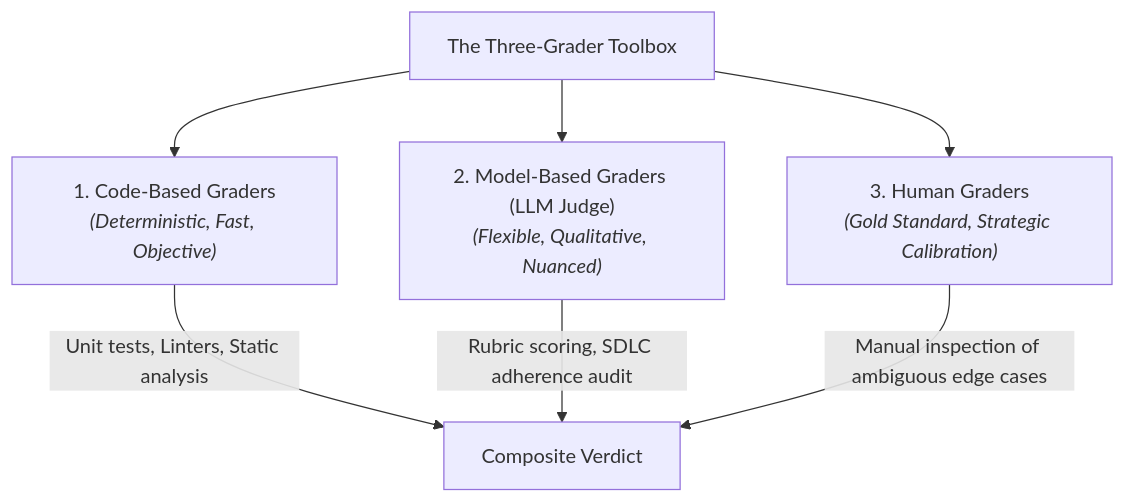
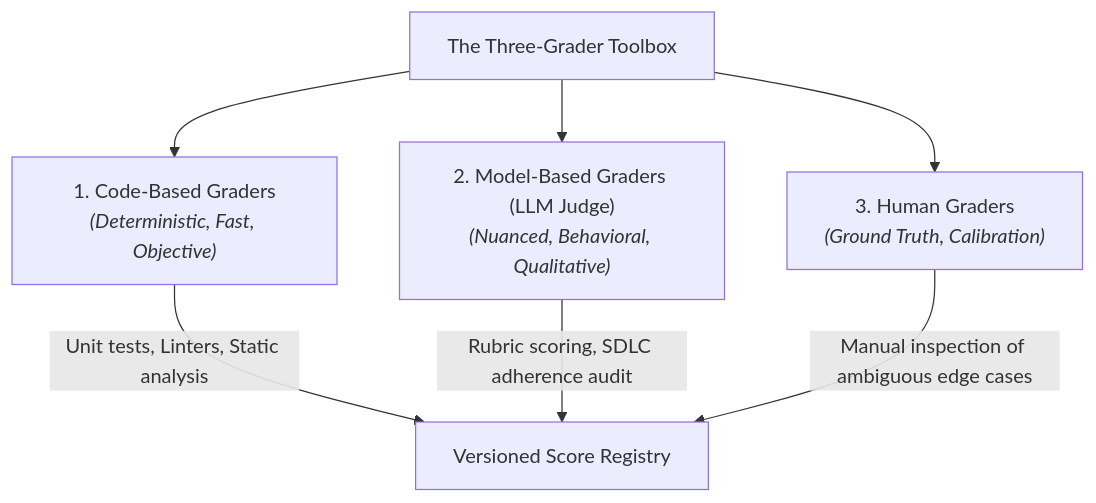
One commit to marcosdh1987/harness-engineering-guide changed the second of 3 diagrams in docs/en/evaluation/what-is-an-eval.md. Above: the diagram before and after it, drawn with Mermaid. The commit also changed other lines of this file and 120 other files, not shown here.

````diff
--- a/docs/en/evaluation/what-is-an-eval.md
+++ b/docs/en/evaluation/what-is-an-eval.md
@@ -61,10 +78,10 @@
 ```mermaid
 flowchart TD
     G["The Three-Grader Toolbox"] --> G1["1. Code-Based Graders<br/><i>(Deterministic, Fast, Objective)</i>"]
-    G --> G2["2. Model-Based Graders (LLM Judge)<br/><i>(Flexible, Qualitative, Nuanced)</i>"]
-    G --> G3["3. Human Graders<br/><i>(Gold Standard, Strategic Calibration)</i>"]
+    G --> G2["2. Model-Based Graders (LLM Judge)<br/><i>(Nuanced, Behavioral, Qualitative)</i>"]
+    G --> G3["3. Human Graders<br/><i>(Ground Truth, Calibration)</i>"]
 
-    G1 -->|"Unit tests, Linters, Static analysis"| SCORE["Composite Verdict"]
+    G1 -->|"Unit tests, Linters, Static analysis"| SCORE["Versioned Score Registry"]
     G2 -->|"Rubric scoring, SDLC adherence audit"| SCORE
     G3 -->|"Manual inspection of ambiguous edge cases"| SCORE
 ```
````
